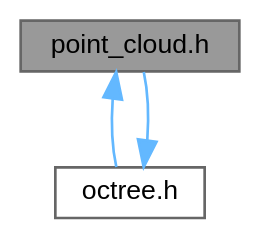
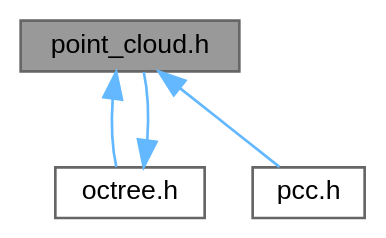
One commit to filrg/pcc changed the diagram in point__cloud_8h__dep__incl.dot. Above: the diagram before and after it, drawn with Graphviz. The commit also changed 13 other files, not shown here.

```diff
--- a/point__cloud_8h__dep__incl.dot
+++ b/point__cloud_8h__dep__incl.dot
@@ -1,11 +1,13 @@
 digraph "point_cloud.h"
 {
  // LATEX_PDF_SIZE
   bgcolor="transparent";
   edge [fontname=Helvetica,fontsize=10,labelfontname=Helvetica,labelfontsize=10];
   node [fontname=Helvetica,fontsize=10,shape=box,height=0.2,width=0.4];
   Node1 [id="Node000001",label="point_cloud.h",height=0.2,width=0.4,color="gray40", fillcolor="grey60", style="filled", fontcolor="black",tooltip=" "];
   Node1 -> Node2 [id="edge1_Node000001_Node000002",dir="back",color="steelblue1",style="solid",tooltip=" "];
   Node2 [id="Node000002",label="octree.h",height=0.2,width=0.4,color="grey40", fillcolor="white", style="filled",URL="$octree_8h.html",tooltip=" "];
   Node2 -> Node1 [id="edge2_Node000002_Node000001",dir="back",color="steelblue1",style="solid",tooltip=" "];
+  Node1 -> Node3 [id="edge3_Node000001_Node000003",dir="back",color="steelblue1",style="solid",tooltip=" "];
+  Node3 [id="Node000003",label="pcc.h",height=0.2,width=0.4,color="grey40", fillcolor="white", style="filled",URL="$pcc_8h.html",tooltip=" "];
 }
```
